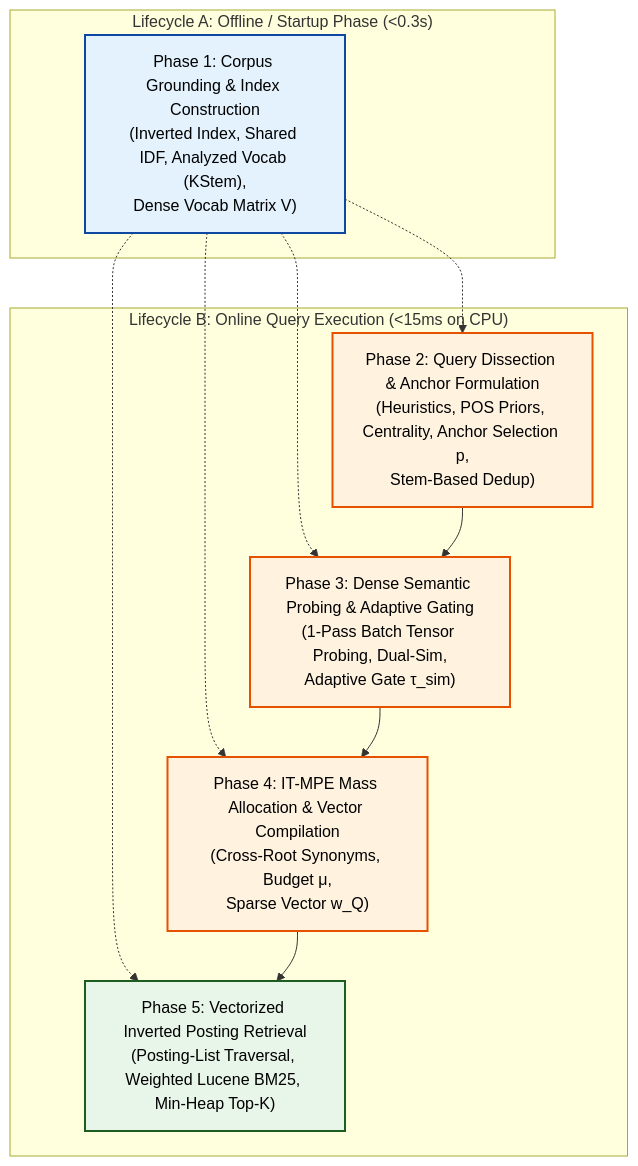
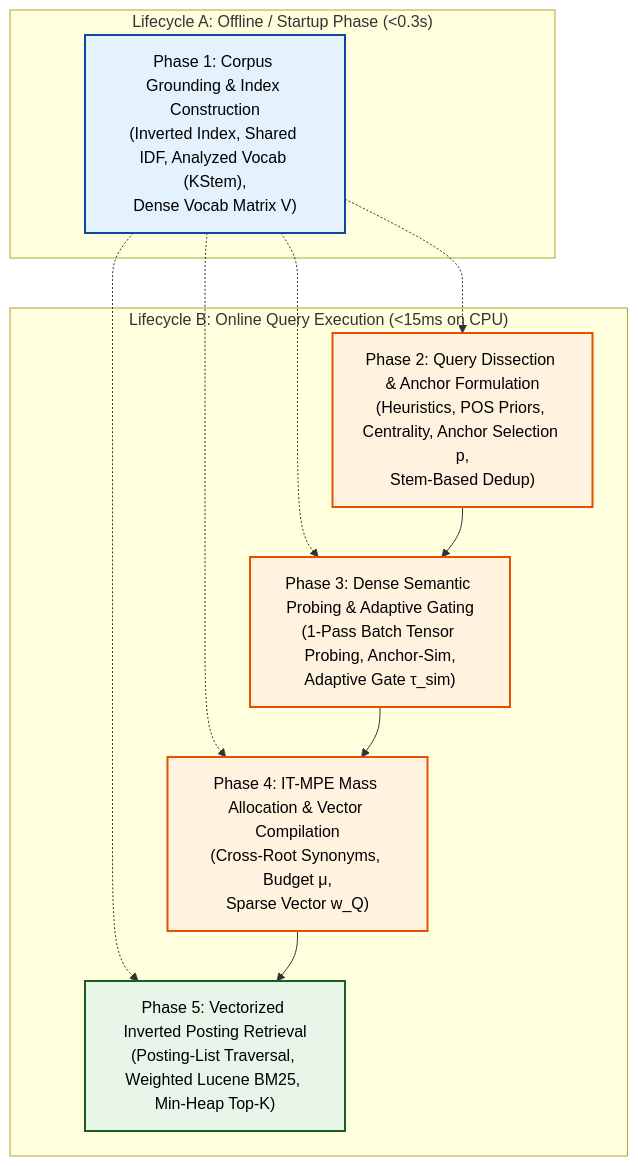
One commit to spchjken/Edge-RAG changed the diagram in docs/v7_architectural_plan.md. Above: the diagram before and after it, drawn with Mermaid. The commit also changed other lines of this file and 1 other file, not shown here.

````diff
--- a/docs/v7_architectural_plan.md
+++ b/docs/v7_architectural_plan.md
@@ -18,24 +18,24 @@
 ```mermaid
 graph TD
     classDef offline fill:#e3f2fd,stroke:#0d47a1,stroke-width:2px,color:#000000;
     classDef query fill:#fff3e0,stroke:#e65100,stroke-width:2px,color:#000000;
     classDef scoring fill:#e8f5e9,stroke:#1b5e20,stroke-width:2px,color:#000000;
 
     subgraph Offline ["Lifecycle A: Offline / Startup Phase (<0.3s)"]
         P1["Phase 1: Corpus Grounding & Index Construction<br/>(Inverted Index, Shared IDF, Analyzed Vocab (KStem),<br/>Dense Vocab Matrix V)"]:::offline
     end
 
     subgraph Online ["Lifecycle B: Online Query Execution (<15ms on CPU)"]
         P2["Phase 2: Query Dissection & Anchor Formulation<br/>(Heuristics, POS Priors, Centrality, Anchor Selection p,<br/>Stem-Based Dedup)"]:::query
-        P3["Phase 3: Dense Semantic Probing & Adaptive Gating<br/>(1-Pass Batch Tensor Probing, Dual-Sim,<br/>Adaptive Gate τ_sim)"]:::query
+        P3["Phase 3: Dense Semantic Probing & Adaptive Gating<br/>(1-Pass Batch Tensor Probing, Anchor-Sim,<br/>Adaptive Gate τ_sim)"]:::query
         P4["Phase 4: IT-MPE Mass Allocation & Vector Compilation<br/>(Cross-Root Synonyms, Budget μ,<br/>Sparse Vector w_Q)"]:::query
         P5["Phase 5: Vectorized Inverted Posting Retrieval<br/>(Posting-List Traversal, Weighted Lucene BM25, Min-Heap Top-K)"]:::scoring
     end
 
     P1 -.-> P2
     P1 -.-> P3
     P1 -.-> P4
     P1 -.-> P5
 
     P2 --> P3 --> P4 --> P5
 ```
````
